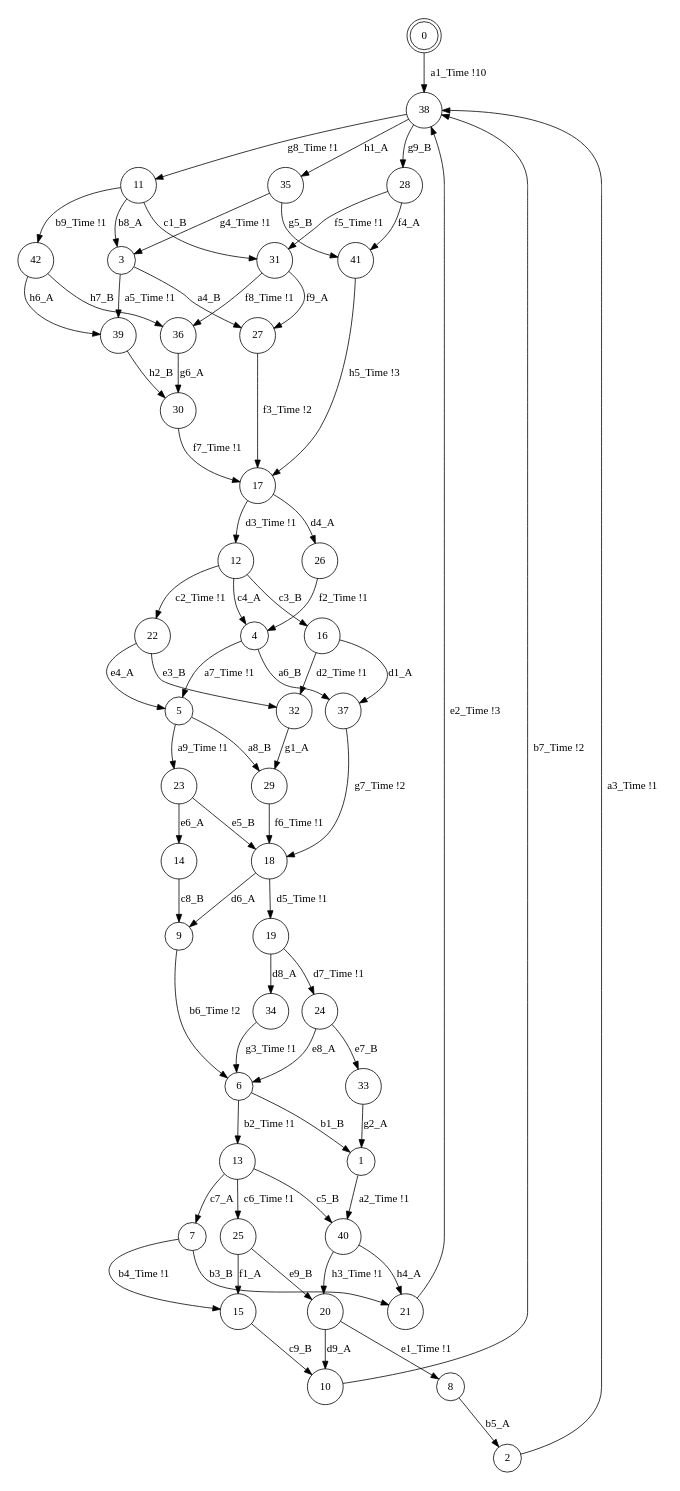
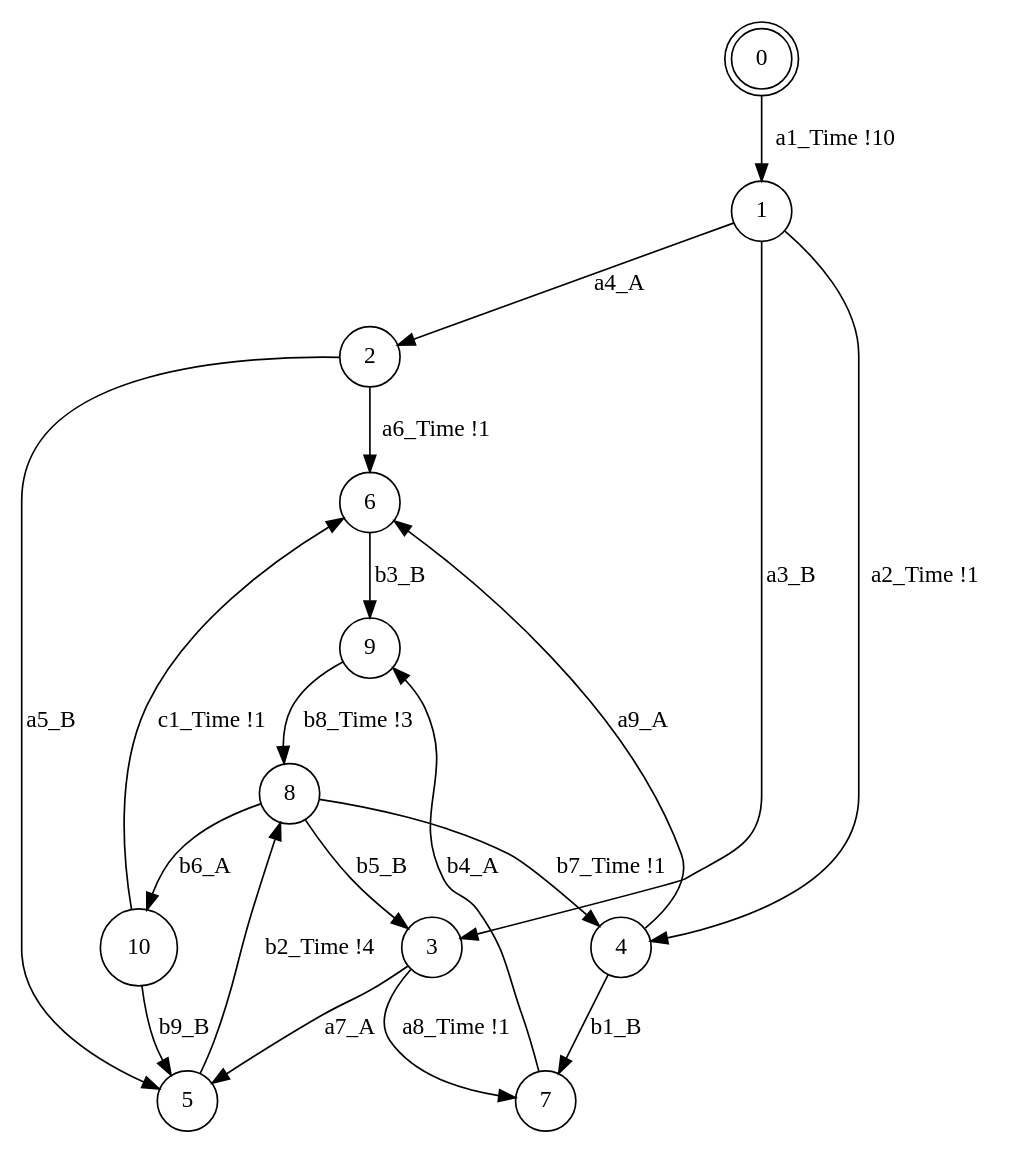
The diagram in experiments/example/simple-min-mapped.dot (irmanfaqrizal/ptsv), drawn with Graphviz before and after one commit. The commit also changed 142 other files, not shown here.

```diff
--- a/experiments/example/simple-min-mapped.dot
+++ b/experiments/example/simple-min-mapped.dot
@@ -1,76 +1,25 @@
 digraph BCG {
 size = "7, 10.5";
 center = TRUE;
 node [shape = circle];
 0 [peripheries = 2];
-0 -> 38 [label = "a1_Time !10"];
-1 -> 40 [label = "a2_Time !1"];
-2 -> 38 [label = "a3_Time !1"];
-3 -> 39 [label = "a5_Time !1"];
-3 -> 27 [label = "a4_B"];
-4 -> 5 [label = "a7_Time !1"];
-4 -> 37 [label = "a6_B"];
-5 -> 23 [label = "a9_Time !1"];
-5 -> 29 [label = "a8_B"];
-6 -> 13 [label = "b2_Time !1"];
-6 -> 1 [label = "b1_B"];
-7 -> 15 [label = "b4_Time !1"];
-7 -> 21 [label = "b3_B"];
-8 -> 2 [label = "b5_A"];
-9 -> 6 [label = "b6_Time !2"];
-10 -> 38 [label = "b7_Time !2"];
-11 -> 31 [label = "c1_B"];
-11 -> 42 [label = "b9_Time !1"];
-11 -> 3 [label = "b8_A"];
-12 -> 4 [label = "c4_A"];
-12 -> 16 [label = "c3_B"];
-12 -> 22 [label = "c2_Time !1"];
-13 -> 7 [label = "c7_A"];
-13 -> 25 [label = "c6_Time !1"];
-13 -> 40 [label = "c5_B"];
-14 -> 9 [label = "c8_B"];
-15 -> 10 [label = "c9_B"];
-16 -> 32 [label = "d2_Time !1"];
-16 -> 37 [label = "d1_A"];
-17 -> 26 [label = "d4_A"];
-17 -> 12 [label = "d3_Time !1"];
-18 -> 9 [label = "d6_A"];
-18 -> 19 [label = "d5_Time !1"];
-19 -> 34 [label = "d8_A"];
-19 -> 24 [label = "d7_Time !1"];
-20 -> 8 [label = "e1_Time !1"];
-20 -> 10 [label = "d9_A"];
-21 -> 38 [label = "e2_Time !3"];
-22 -> 5 [label = "e4_A"];
-22 -> 32 [label = "e3_B"];
-23 -> 14 [label = "e6_A"];
-23 -> 18 [label = "e5_B"];
-24 -> 6 [label = "e8_A"];
-24 -> 33 [label = "e7_B"];
-25 -> 15 [label = "f1_A"];
-25 -> 20 [label = "e9_B"];
-26 -> 4 [label = "f2_Time !1"];
-27 -> 17 [label = "f3_Time !2"];
-28 -> 31 [label = "f5_Time !1"];
-28 -> 41 [label = "f4_A"];
-29 -> 18 [label = "f6_Time !1"];
-30 -> 17 [label = "f7_Time !1"];
-31 -> 27 [label = "f9_A"];
-31 -> 36 [label = "f8_Time !1"];
-32 -> 29 [label = "g1_A"];
-33 -> 1 [label = "g2_A"];
-34 -> 6 [label = "g3_Time !1"];
-35 -> 41 [label = "g5_B"];
-35 -> 3 [label = "g4_Time !1"];
-36 -> 30 [label = "g6_A"];
-37 -> 18 [label = "g7_Time !2"];
-38 -> 35 [label = "h1_A"];
-38 -> 28 [label = "g9_B"];
-38 -> 11 [label = "g8_Time !1"];
-39 -> 30 [label = "h2_B"];
-40 -> 21 [label = "h4_A"];
-40 -> 20 [label = "h3_Time !1"];
-41 -> 17 [label = "h5_Time !3"];
-42 -> 36 [label = "h7_B"];
-42 -> 39 [label = "h6_A"];
+0 -> 1 [label = "a1_Time !10"];
+1 -> 2 [label = "a4_A"];
+1 -> 3 [label = "a3_B"];
+1 -> 4 [label = "a2_Time !1"];
+2 -> 6 [label = "a6_Time !1"];
+2 -> 5 [label = "a5_B"];
+3 -> 7 [label = "a8_Time !1"];
+3 -> 5 [label = "a7_A"];
+4 -> 7 [label = "b1_B"];
+4 -> 6 [label = "a9_A"];
+5 -> 8 [label = "b2_Time !4"];
+6 -> 9 [label = "b3_B"];
+7 -> 9 [label = "b4_A"];
+8 -> 4 [label = "b7_Time !1"];
+8 -> 10 [label = "b6_A"];
+8 -> 3 [label = "b5_B"];
+9 -> 8 [label = "b8_Time !3"];
+10 -> 6 [label = "c1_Time !1"];
+10 -> 5 [label = "b9_B"];
 }
```
